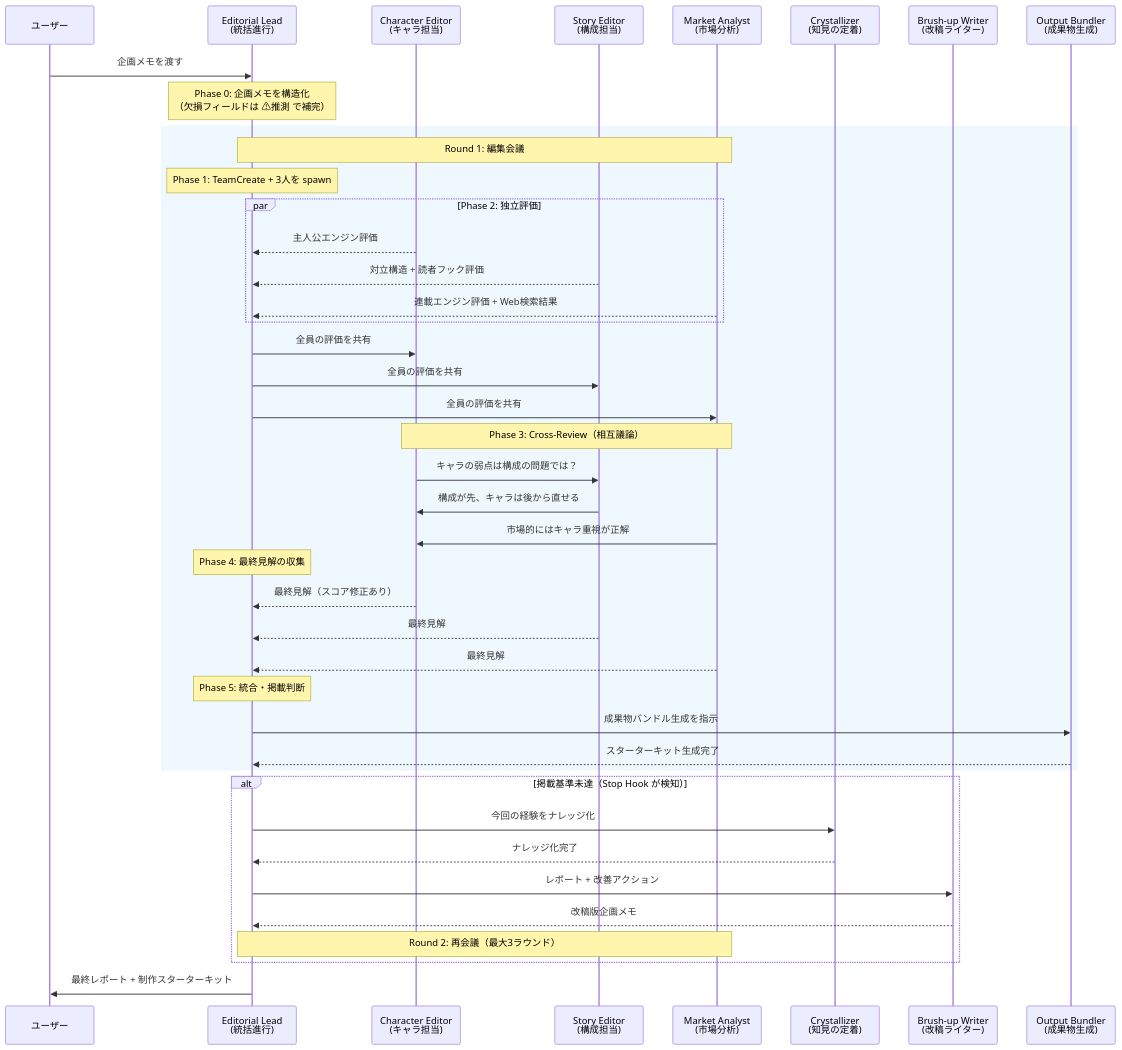
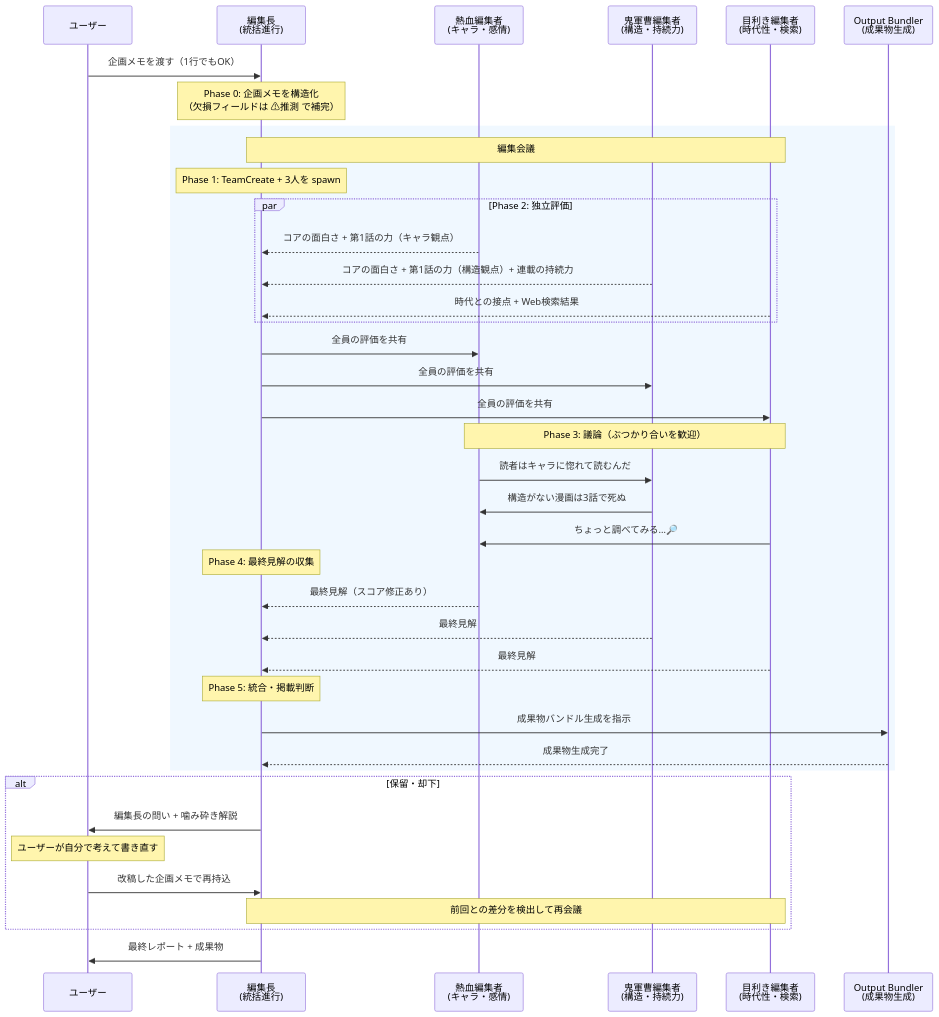
One commit to KIRIKO-HirokiSato/manga-editorial changed the first of 2 diagrams in README.md. Above: the diagram before and after it, drawn with Mermaid. The commit also changed other lines of this file and 12 other files, not shown here.

````diff
--- a/README.md
+++ b/README.md
@@ -111,53 +109,50 @@
 ```mermaid
 sequenceDiagram
     participant U as ユーザー
-    participant TL as Editorial Lead<br>(統括進行)
-    participant CH as Character Editor<br>(キャラ担当)
-    participant ST as Story Editor<br>(構成担当)
-    participant MA as Market Analyst<br>(市場分析)
-    participant CR as Crystallizer<br>(知見の定着)
-    participant BW as Brush-up Writer<br>(改稿ライター)
+    participant TL as 編集長<br>(統括進行)
+    participant CH as 熱血編集者<br>(キャラ・感情)
+    participant ST as 鬼軍曹編集者<br>(構造・持続力)
+    participant MA as 目利き編集者<br>(時代性・検索)
     participant OB as Output Bundler<br>(成果物生成)
 
-    U->>TL: 企画メモを渡す
+    U->>TL: 企画メモを渡す（1行でもOK）
     Note over TL: Phase 0: 企画メモを構造化<br>（欠損フィールドは ⚠推測 で補完）
 
     rect rgb(240, 248, 255)
-        Note over TL,MA: Round 1: 編集会議
+        Note over TL,MA: 編集会議
         Note over TL: Phase 1: TeamCreate + 3人を spawn
 
         par Phase 2: 独立評価
-            CH-->>TL: 主人公エンジン評価
-            ST-->>TL: 対立構造 + 読者フック評価
-            MA-->>TL: 連載エンジン評価 + Web検索結果
+            CH-->>TL: コアの面白さ + 第1話の力（キャラ観点）
+            ST-->>TL: コアの面白さ + 第1話の力（構造観点）+ 連載の持続力
+            MA-->>TL: 時代との接点 + Web検索結果
         end
 
         TL->>CH: 全員の評価を共有
         TL->>ST: 全員の評価を共有
         TL->>MA: 全員の評価を共有
 
-        Note over CH,MA: Phase 3: Cross-Review（相互議論）
-        CH->>ST: キャラの弱点は構成の問題では？
-        ST->>CH: 構成が先、キャラは後から直せる
-        MA->>CH: 市場的にはキャラ重視が正解
+        Note over CH,MA: Phase 3: 議論（ぶつかり合いを歓迎）
+        CH->>ST: 読者はキャラに惚れて読むんだ
+        ST->>CH: 構造がない漫画は3話で死ぬ
+        MA->>CH: ちょっと調べてみる…🔎
 
         Note over TL: Phase 4: 最終見解の収集
         CH-->>TL: 最終見解（スコア修正あり）
         ST-->>TL: 最終見解
         MA-->>TL: 最終見解
 
         Note over TL: Phase 5: 統合・掲載判断
         TL->>OB: 成果物バンドル生成を指示
-        OB-->>TL: スターターキット生成完了
+        OB-->>TL: 成果物生成完了
     end
 
-    alt 掲載基準未達（Stop Hook が検知）
-        TL->>CR: 今回の経験をナレッジ化
-        CR-->>TL: ナレッジ化完了
-        TL->>BW: レポート + 改善アクション
-        BW-->>TL: 改稿版企画メモ
-        Note over TL,MA: Round 2: 再会議（最大3ラウンド）
+    alt 保留・却下
+        TL->>U: 編集長の問い + 噛み砕き解説
+        Note over U: ユーザーが自分で考えて書き直す
+        U->>TL: 改稿した企画メモで再持込
+        Note over TL,MA: 前回との差分を検出して再会議
     end
 
-    TL->>U: 最終レポート + 制作スターターキット
+    TL->>U: 最終レポート + 成果物
 ```
````
